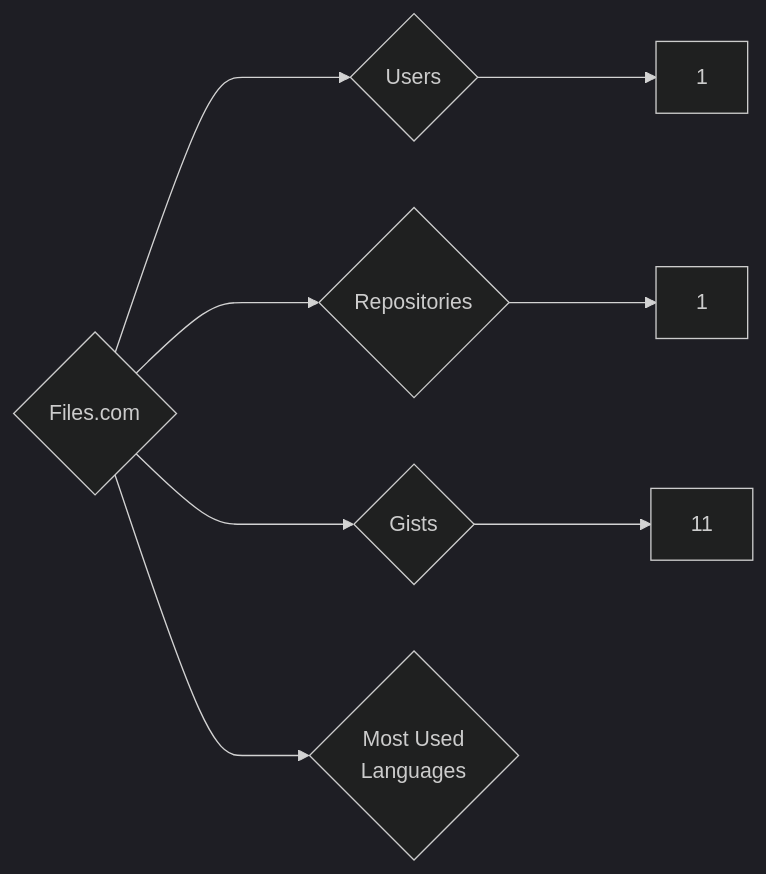
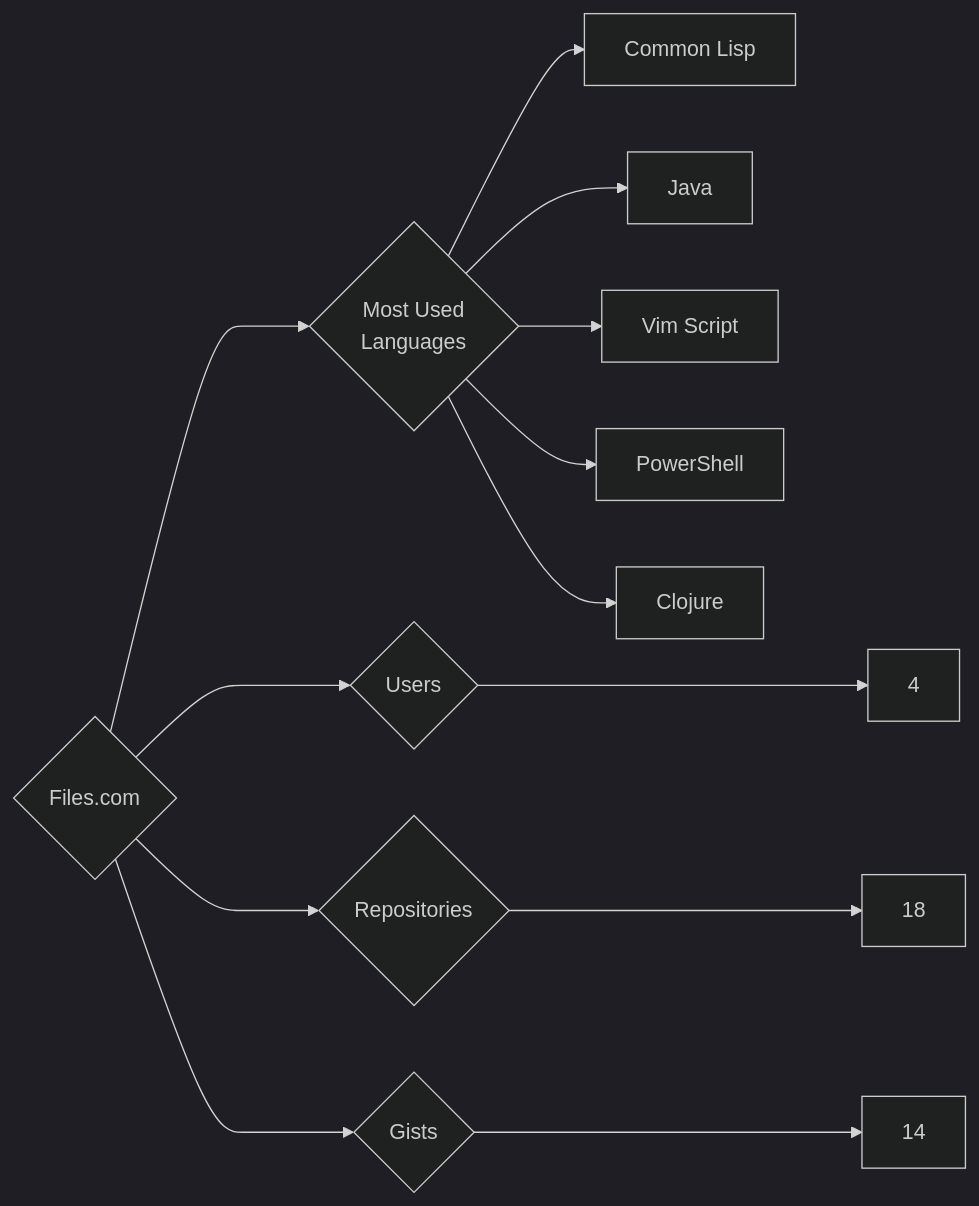
Before and after one commit to trickest/insiders: the diagram in targets/Files.com/README.md, drawn with Mermaid (dark theme). The commit also changed 860 other files, not shown here.

````diff
--- a/targets/Files.com/README.md
+++ b/targets/Files.com/README.md
@@ -3,8 +3,13 @@
 ```mermaid
 graph LR
 COMPANY_NAME{Files.com}
-COMPANY_NAME ---> U{Users} ---> UN[1]
-COMPANY_NAME ---> R{Repositories} ---> RN[1]
-COMPANY_NAME ---> G{Gists} ---> GN[11]
+COMPANY_NAME ---> U{Users} ---> UN[4]
+COMPANY_NAME ---> R{Repositories} ---> RN[18]
+COMPANY_NAME ---> G{Gists} ---> GN[14]
 COMPANY_NAME ---> ML{Most Used<br>Languages}
+ML --> Common_Lisp[Common Lisp]
+ML --> Java[Java]
+ML --> Vim_Script[Vim Script]
+ML --> PowerShell[PowerShell]
+ML --> Clojure[Clojure]
 ```
````
